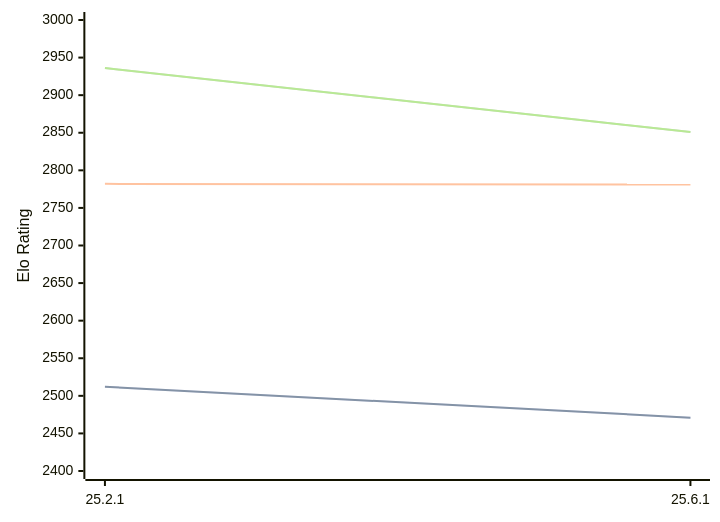
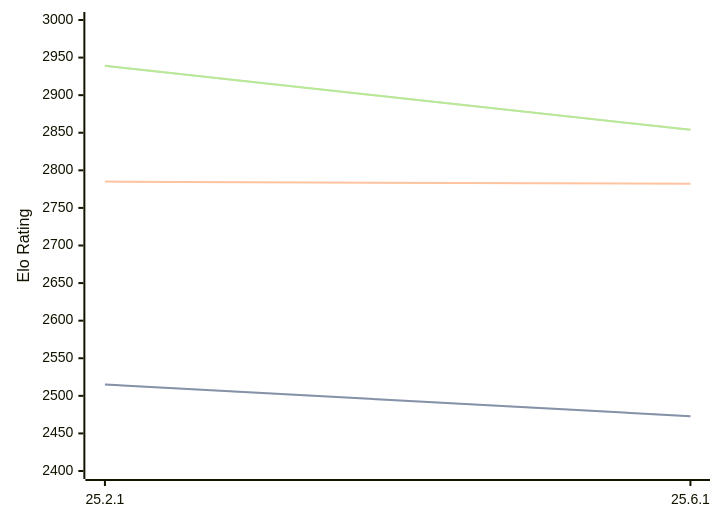
Before and after one commit to computer-chess-index/cci: the diagram in engines/Crafty.md, drawn with Mermaid. The commit also changed other lines of this file, not shown here.

Commit message:
Update CCI Ratings (ELO VLTC) - 2026-09-24

````diff
--- a/engines/Crafty.md
+++ b/engines/Crafty.md
@@ -32,11 +32,11 @@
 ```mermaid
 %%{init: {"theme":"base","themeVariables":{"seriesColors:['#a3a3a3','#222221','#faa371']}}}%%
 xychart-beta
   x-axis ["25.2.1", "25.6.1"]
   y-axis "Elo Rating" 2400 --> 3000
-  line "" [2512, 2471]
-  line "STC (8.0+0.08s)" [2512, 2471]
-  line "LTC (60.0+0.60s)" [2782, 2781]
-  line "" [2936, 2851]
-  line "VLTC (2m24s+1.12s)" [2936, 2851]
+  line "" [2515, 2473]
+  line "STC (8.0+0.08s)" [2515, 2473]
+  line "LTC (60.0+0.60s)" [2785, 2782]
+  line "" [2939, 2854]
+  line "VLTC (2m24s+1.12s)" [2939, 2854]
 ```
````
